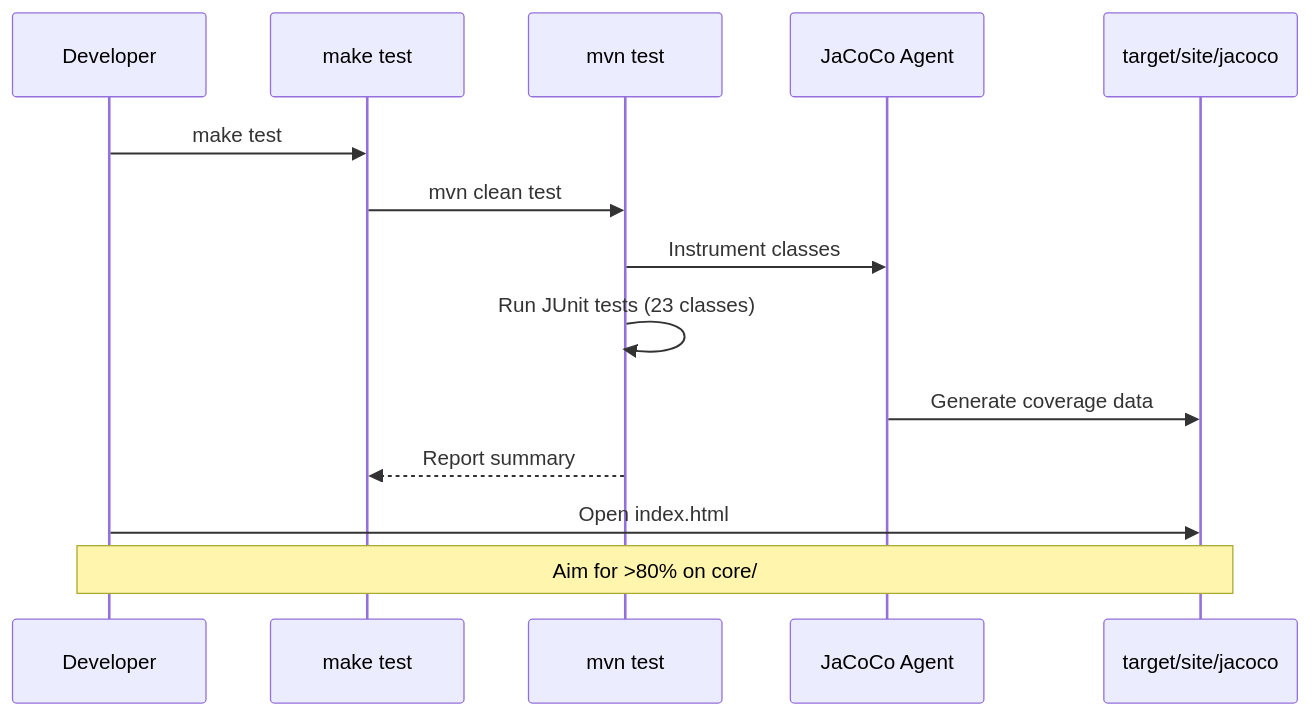
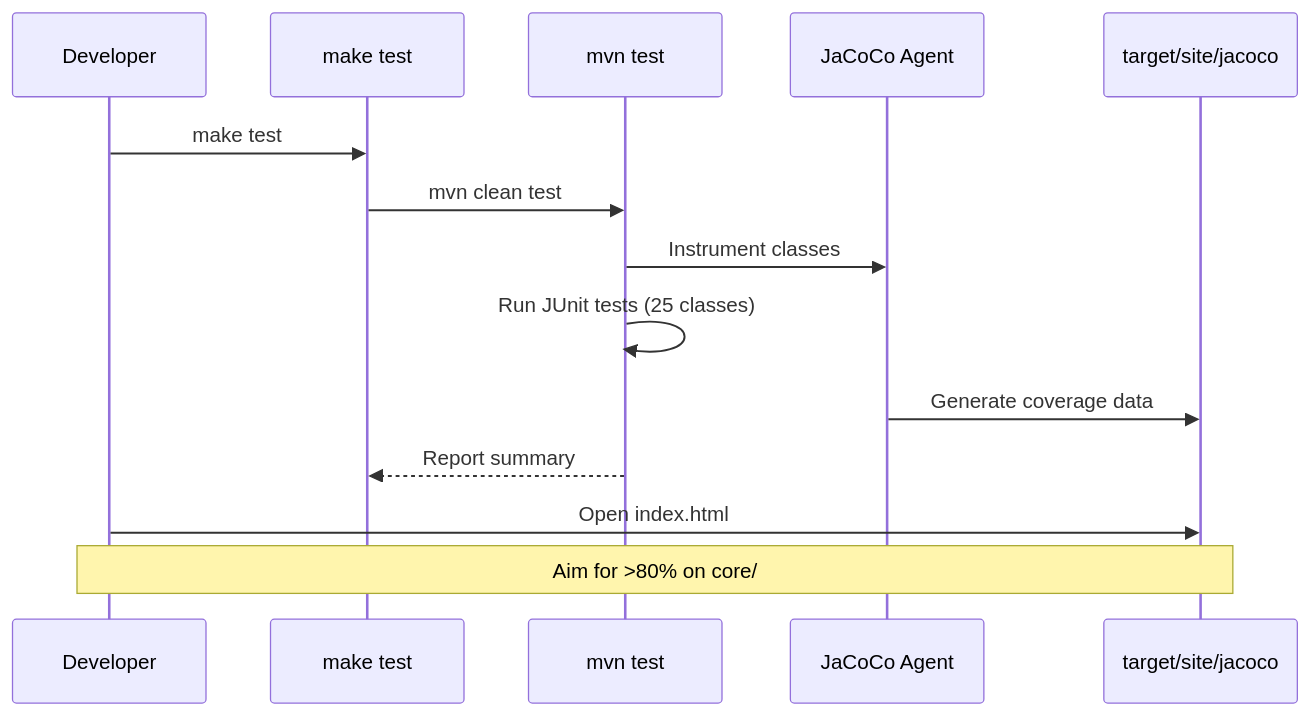
One commit to chris-piekarski/hackrf-spectrum-analyzer changed the second of 2 diagrams in docs/development.md. Above: the diagram before and after it, drawn with Mermaid. The commit also changed other lines of this file and 9 other files, not shown here.

````diff
--- a/docs/development.md
+++ b/docs/development.md
@@ -46,17 +46,17 @@
 ```mermaid
 sequenceDiagram
     participant Dev as Developer
     participant Make as make test
     participant Maven as mvn test
     participant JaCoCo as JaCoCo Agent
     participant Report as target/site/jacoco
 
     Dev->>Make: make test
     Make->>Maven: mvn clean test
     Maven->>JaCoCo: Instrument classes
-    Maven->>Maven: Run JUnit tests (23 classes)
+    Maven->>Maven: Run JUnit tests (25 classes)
     JaCoCo->>Report: Generate coverage data
     Maven-->>Make: Report summary
     Dev->>Report: Open index.html
     Note over Dev,Report: Aim for >80% on core/
 ```
````
